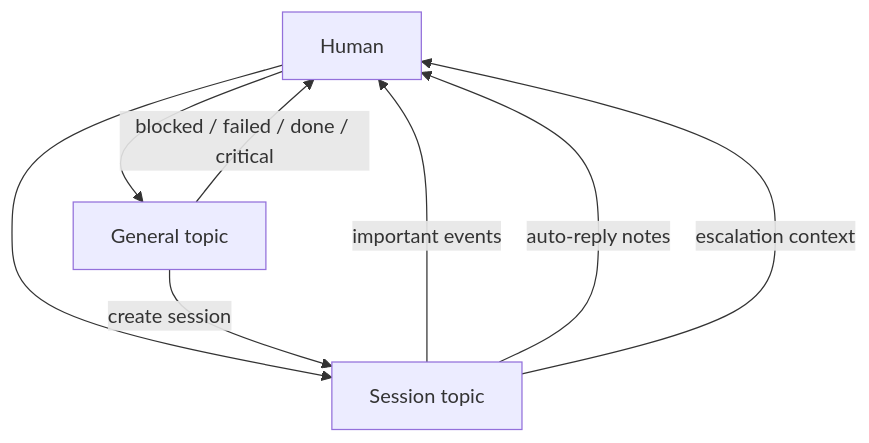
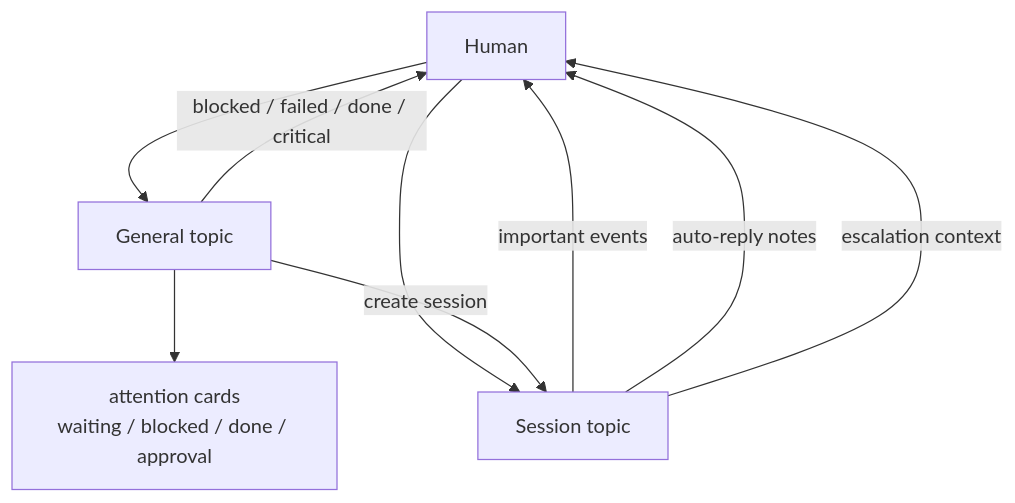
The third of 10 diagrams in docs/diagrams.md (canhta/vibegram), drawn with Mermaid before and after one commit. The commit also changed other lines of this file and 18 other files, not shown here.

````diff
--- a/docs/diagrams.md
+++ b/docs/diagrams.md
@@ -71,15 +71,17 @@
 ```mermaid
 flowchart TD
     HUMAN["Human"]
     GENERAL["General topic"]
     SESSION["Session topic"]
+    BOARD["attention cards<br/>waiting / blocked / done / approval"]
 
     HUMAN --> GENERAL
     HUMAN --> SESSION
 
+    GENERAL --> BOARD
     GENERAL -->|"create session"| SESSION
     GENERAL -->|"blocked / failed / done / critical"| HUMAN
     SESSION -->|"important events"| HUMAN
     SESSION -->|"auto-reply notes"| HUMAN
     SESSION -->|"escalation context"| HUMAN
 ```
````
